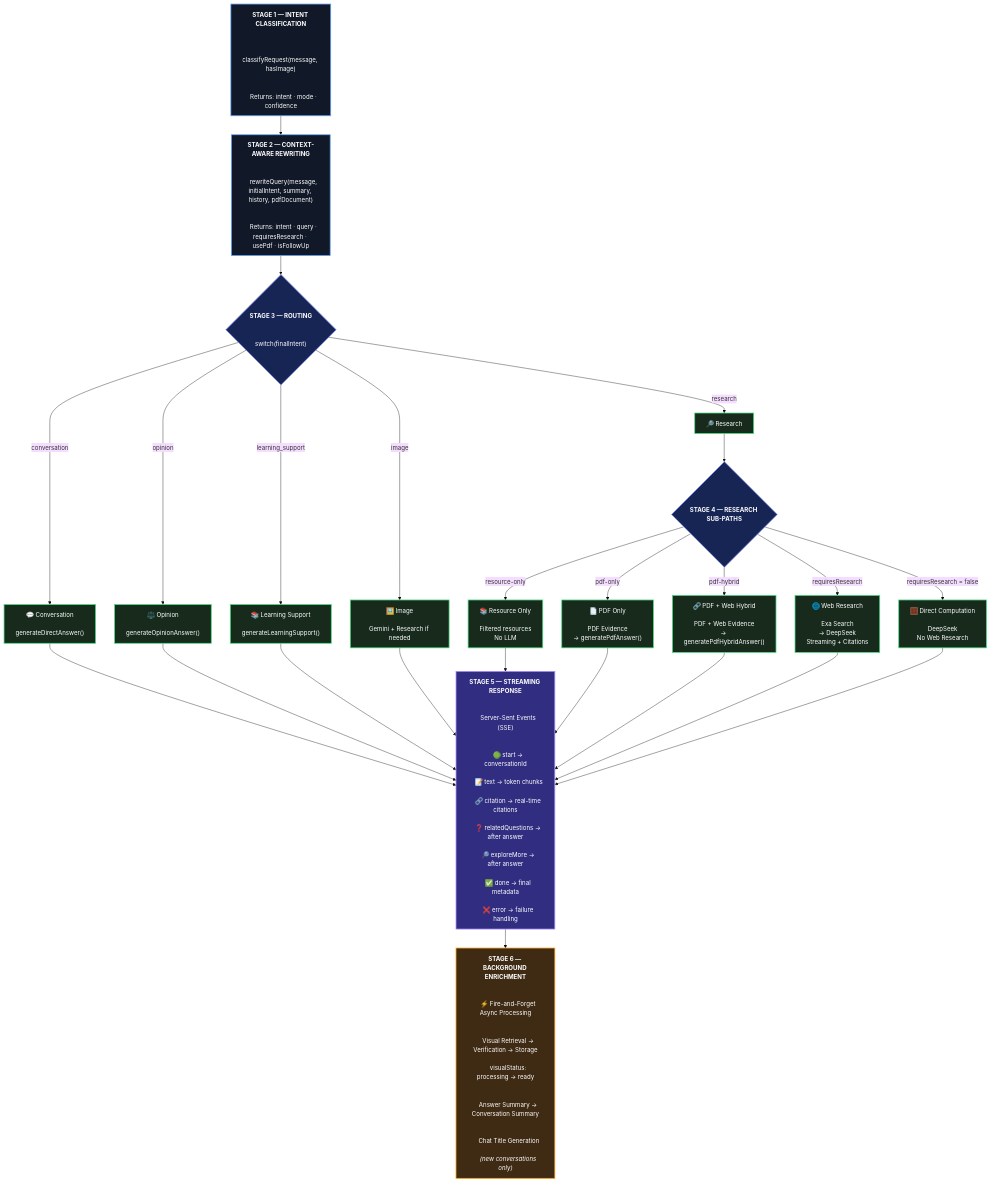
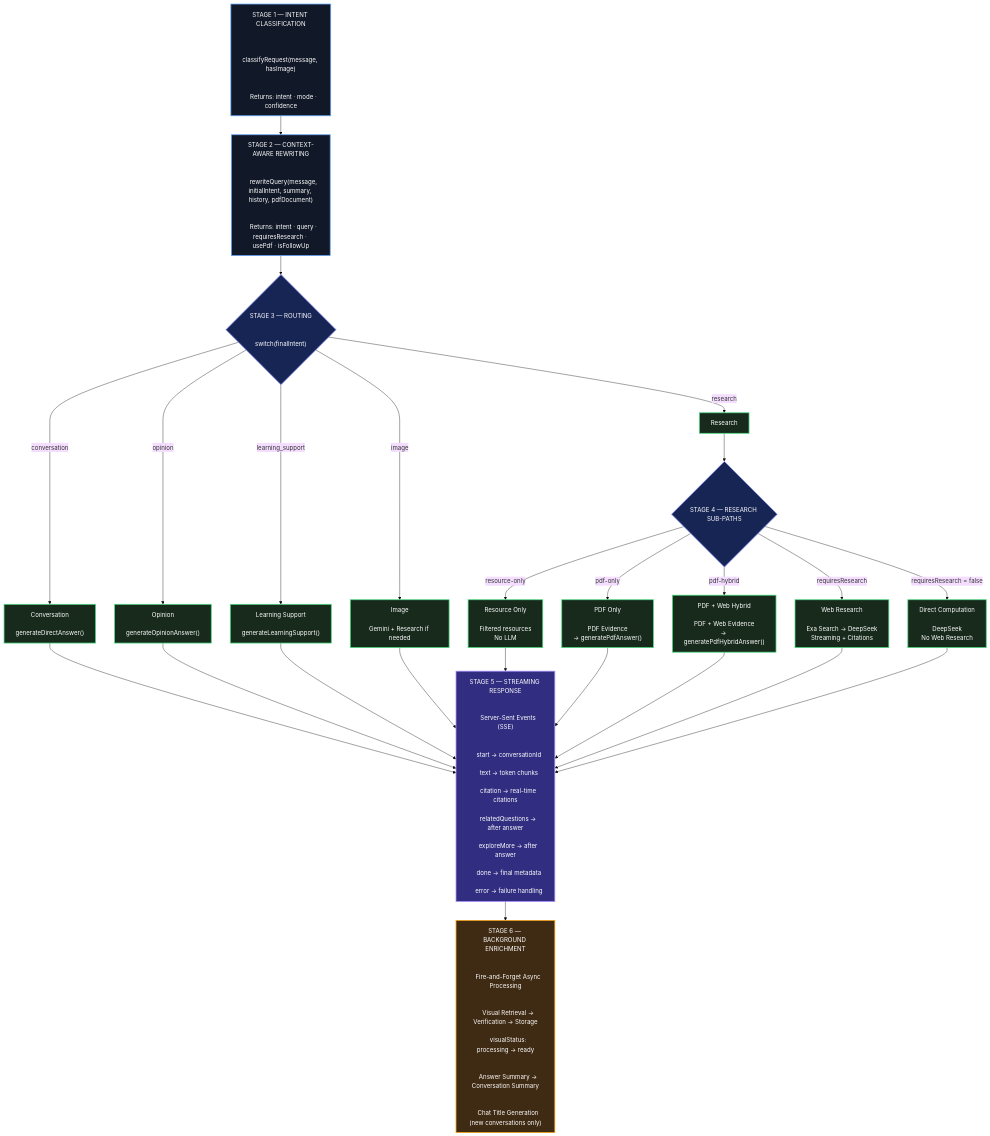
One commit to Ha1AY3/Veritas changed the second of 8 diagrams in README.md. Above: the diagram before and after it, drawn with Mermaid (base theme). The commit also changed other lines of this file, not shown here.

````diff
--- a/README.md
+++ b/README.md
@@ -186,75 +196,47 @@
 ```mermaid
 flowchart TD
 
-    %% =========================
-    %% STAGE 1
-    %% =========================
-    S1["<b>STAGE 1 — INTENT CLASSIFICATION</b><br/><br/>
+    S1["STAGE 1 — INTENT CLASSIFICATION<br/><br/>
     classifyRequest(message, hasImage)<br/><br/>
     Returns: intent · mode · confidence"]
 
-    %% =========================
-    %% STAGE 2
-    %% =========================
-    S2["<b>STAGE 2 — CONTEXT-AWARE REWRITING</b><br/><br/>
+    S2["STAGE 2 — CONTEXT-AWARE REWRITING<br/><br/>
     rewriteQuery(message, initialIntent, summary, history, pdfDocument)<br/><br/>
     Returns: intent · query · requiresResearch · usePdf · isFollowUp"]
 
-    %% =========================
-    %% STAGE 3
-    %% =========================
-    S3{"<b>STAGE 3 — ROUTING</b><br/><br/>
+    S3{"STAGE 3 — ROUTING<br/><br/>
     switch(finalIntent)"}
 
-    CONV["💬 Conversation<br/><br/>generateDirectAnswer()"]
-    OPINION["⚖️ Opinion<br/><br/>generateOpinionAnswer()"]
-    LEARN["📚 Learning Support<br/><br/>generateLearningSupport()"]
-    IMAGE["🖼️ Image<br/><br/>Gemini + Research if needed"]
-    RESEARCH["🔎 Research"]
+    CONV["Conversation<br/><br/>generateDirectAnswer()"]
+    OPINION["Opinion<br/><br/>generateOpinionAnswer()"]
+    LEARN["Learning Support<br/><br/>generateLearningSupport()"]
+    IMAGE["Image<br/><br/>Gemini + Research if needed"]
+    RESEARCH["Research"]
 
-    %% =========================
-    %% STAGE 4
-    %% =========================
-    S4{"<b>STAGE 4 — RESEARCH SUB-PATHS</b>"}
+    S4{"STAGE 4 — RESEARCH SUB-PATHS"}
 
-    RESOURCE["📚 Resource Only<br/><br/>Filtered resources<br/>No LLM"]
+    RESOURCE["Resource Only<br/><br/>Filtered resources<br/>No LLM"]
+    PDF["PDF Only<br/><br/>PDF Evidence<br/>→ generatePdfAnswer()"]
+    HYBRID["PDF + Web Hybrid<br/><br/>PDF + Web Evidence<br/>→ generatePdfHybridAnswer()"]
+    EXA["Web Research<br/><br/>Exa Search → DeepSeek<br/>Streaming + Citations"]
+    DIRECT["Direct Computation<br/><br/>DeepSeek<br/>No Web Research"]
 
-    PDF["📄 PDF Only<br/><br/>PDF Evidence<br/>→ generatePdfAnswer()"]
+    S5["STAGE 5 — STREAMING RESPONSE<br/><br/>
+    Server-Sent Events (SSE)<br/><br/>
+    start → conversationId<br/>
+    text → token chunks<br/>
+    citation → real-time citations<br/>
+    relatedQuestions → after answer<br/>
+    exploreMore → after answer<br/>
+    done → final metadata<br/>
+    error → failure handling"]
 
-    HYBRID["🔗 PDF + Web Hybrid<br/><br/>PDF + Web Evidence<br/>→ generatePdfHybridAnswer()"]
-
-    EXA["🌐 Web Research<br/><br/>Exa Search<br/>→ DeepSeek<br/>Streaming + Citations"]
-
-    DIRECT["🧮 Direct Computation<br/><br/>DeepSeek<br/>No Web Research"]
-
-    %% =========================
-    %% STAGE 5
-    %% =========================
-    S5["<b>STAGE 5 — STREAMING RESPONSE</b><br/><br/>
-    Server-Sent Events (SSE)<br/><br/>
-    🟢 start → conversationId<br/>
-    📝 text → token chunks<br/>
-    🔗 citation → real-time citations<br/>
-    ❓ relatedQuestions → after answer<br/>
-    🔎 exploreMore → after answer<br/>
-    ✅ done → final metadata<br/>
-    ❌ error → failure handling"]
-
-    %% =========================
-    %% STAGE 6
-    %% =========================
-    S6["<b>STAGE 6 — BACKGROUND ENRICHMENT</b><br/><br/>
-    ⚡ Fire-and-Forget Async Processing<br/><br/>
+    S6["STAGE 6 — BACKGROUND ENRICHMENT<br/><br/>
+    Fire-and-Forget Async Processing<br/><br/>
     Visual Retrieval → Verification → Storage<br/>
     visualStatus: processing → ready<br/><br/>
     Answer Summary → Conversation Summary<br/><br/>
-    Chat Title Generation<br/>
-    <i>(new conversations only)</i>"]
-
-
-    %% =========================
-    %% MAIN FLOW
-    %% =========================
+    Chat Title Generation (new conversations only)"]
 
     S1 --> S2
     S2 --> S3
@@ -285,11 +267,6 @@
 
     S5 --> S6
 
-
-    %% =========================
-    %% STYLING
-    %% =========================
-
     classDef stage fill:#111827,stroke:#60a5fa,color:#ffffff,stroke-width:2px;
     classDef route fill:#172554,stroke:#818cf8,color:#ffffff,stroke-width:2px;
     classDef path fill:#172a1c,stroke:#4ade80,color:#ffffff,stroke-width:2px;
````
